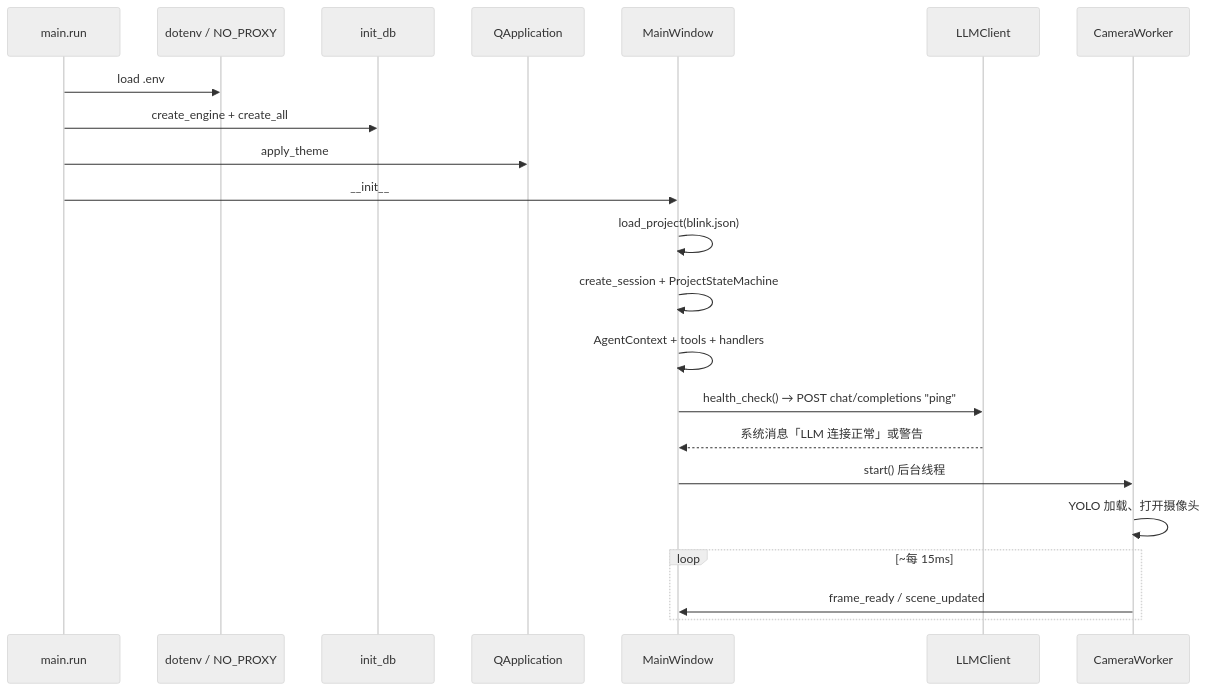
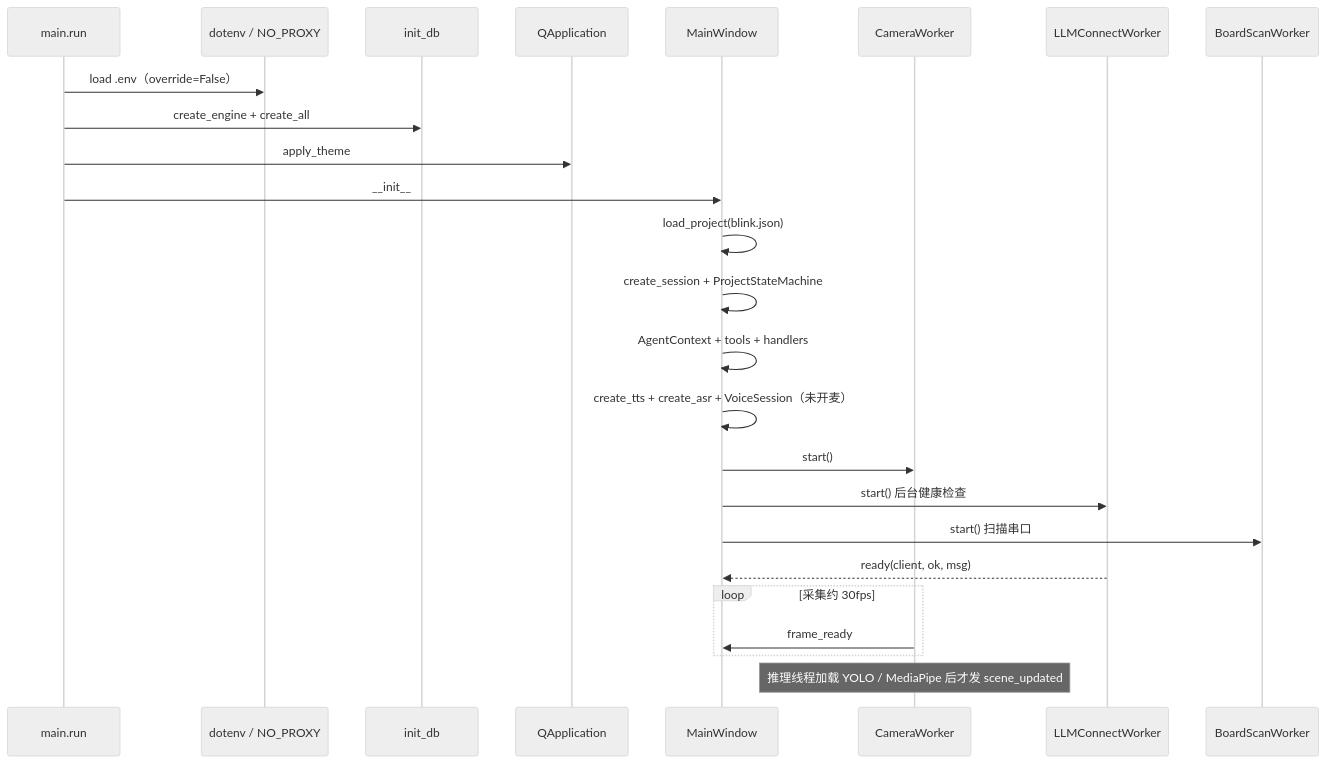
One commit to zackdlut/ai_ardunio changed the third of 10 diagrams in docs/ARCHITECTURE.md. Above: the diagram before and after it, drawn with Mermaid (neutral theme). The commit also changed other lines of this file and 10 other files, not shown here.

````diff
--- a/docs/ARCHITECTURE.md
+++ b/docs/ARCHITECTURE.md
@@ -145,25 +175,28 @@
 ```mermaid
 sequenceDiagram
     participant Main as main.run
     participant Env as dotenv / NO_PROXY
     participant DB as init_db
     participant App as QApplication
     participant MW as MainWindow
-    participant LLM as LLMClient
     participant Cam as CameraWorker
+    participant Conn as LLMConnectWorker
+    participant Boards as BoardScanWorker
 
-    Main->>Env: load .env
+    Main->>Env: load .env（override=False）
     Main->>DB: create_engine + create_all
     Main->>App: apply_theme
     Main->>MW: __init__
     MW->>MW: load_project(blink.json)
     MW->>MW: create_session + ProjectStateMachine
     MW->>MW: AgentContext + tools + handlers
-    MW->>LLM: health_check() → POST chat/completions "ping"
-    LLM-->>MW: 系统消息「LLM 连接正常」或警告
-    MW->>Cam: start() 后台线程
-    Cam->>Cam: YOLO 加载、打开摄像头
-    loop ~每 15ms
-        Cam->>MW: frame_ready / scene_updated
+    MW->>MW: create_tts + create_asr + VoiceSession（未开麦）
+    MW->>Cam: start()
+    MW->>Conn: start() 后台健康检查
+    MW->>Boards: start() 扫描串口
+    Conn-->>MW: ready(client, ok, msg)
+    loop 采集约 30fps
+        Cam->>MW: frame_ready
     end
+    Note over Cam: 推理线程加载 YOLO / MediaPipe 后才发 scene_updated
 ```
````
